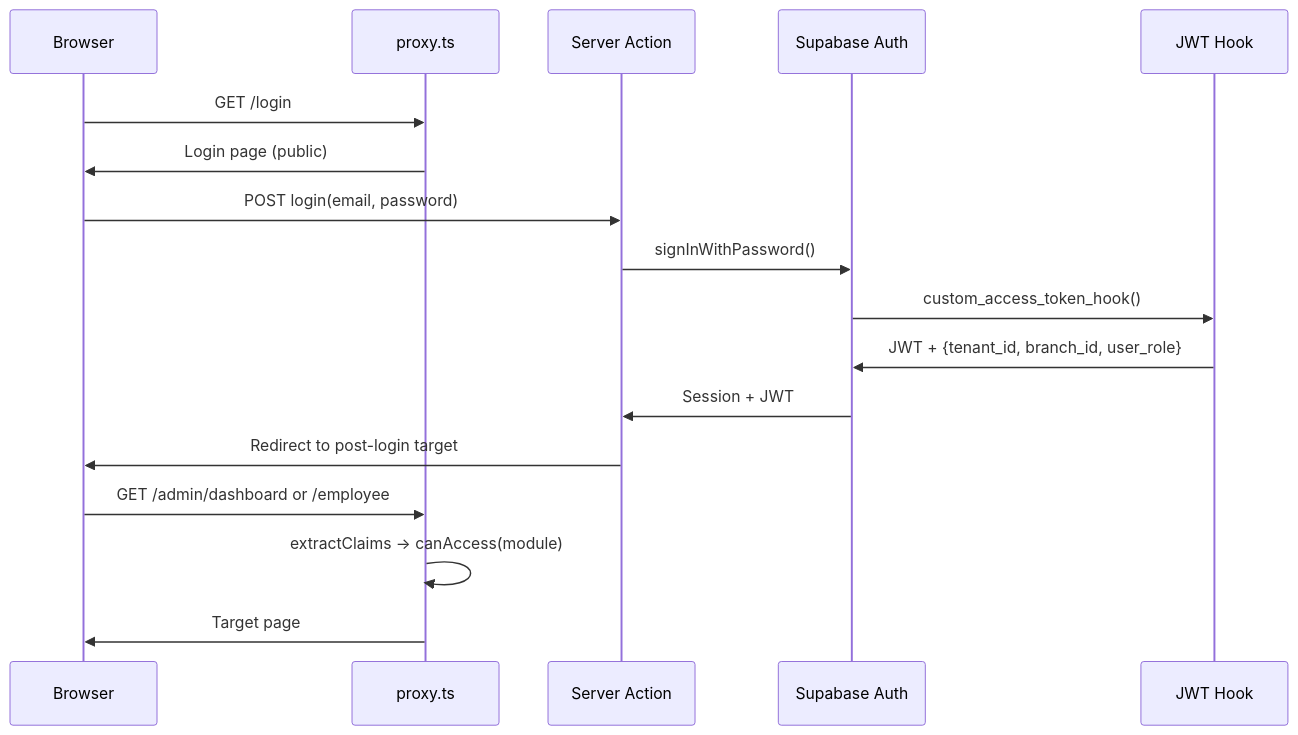
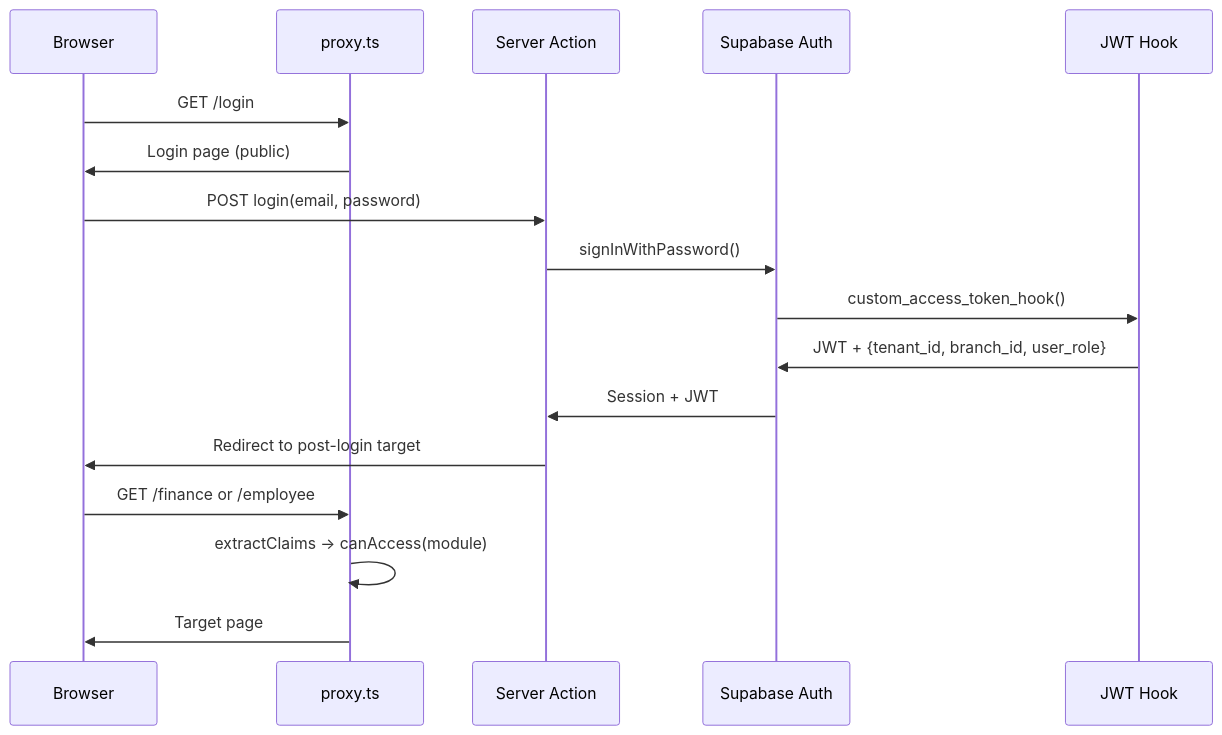
The sixth of 6 diagrams in docs/CODEBASE_MAP.md (comtammatu/comtammatu), drawn with Mermaid before and after one commit. The commit also changed other lines of this file and 116 other files, not shown here.

````diff
--- a/docs/CODEBASE_MAP.md
+++ b/docs/CODEBASE_MAP.md
@@ -189,20 +189,20 @@
 ```mermaid
 sequenceDiagram
     participant B as Browser
     participant P as proxy.ts
     participant A as Server Action
     participant S as Supabase Auth
     participant H as JWT Hook
 
     B->>P: GET /login
     P->>B: Login page (public)
     B->>A: POST login(email, password)
     A->>S: signInWithPassword()
     S->>H: custom_access_token_hook()
     H->>S: JWT + {tenant_id, branch_id, user_role}
     S->>A: Session + JWT
     A->>B: Redirect to post-login target
-    B->>P: GET /admin/dashboard or /employee
+    B->>P: GET /finance or /employee
     P->>P: extractClaims → canAccess(module)
     P->>B: Target page
 ```
````
